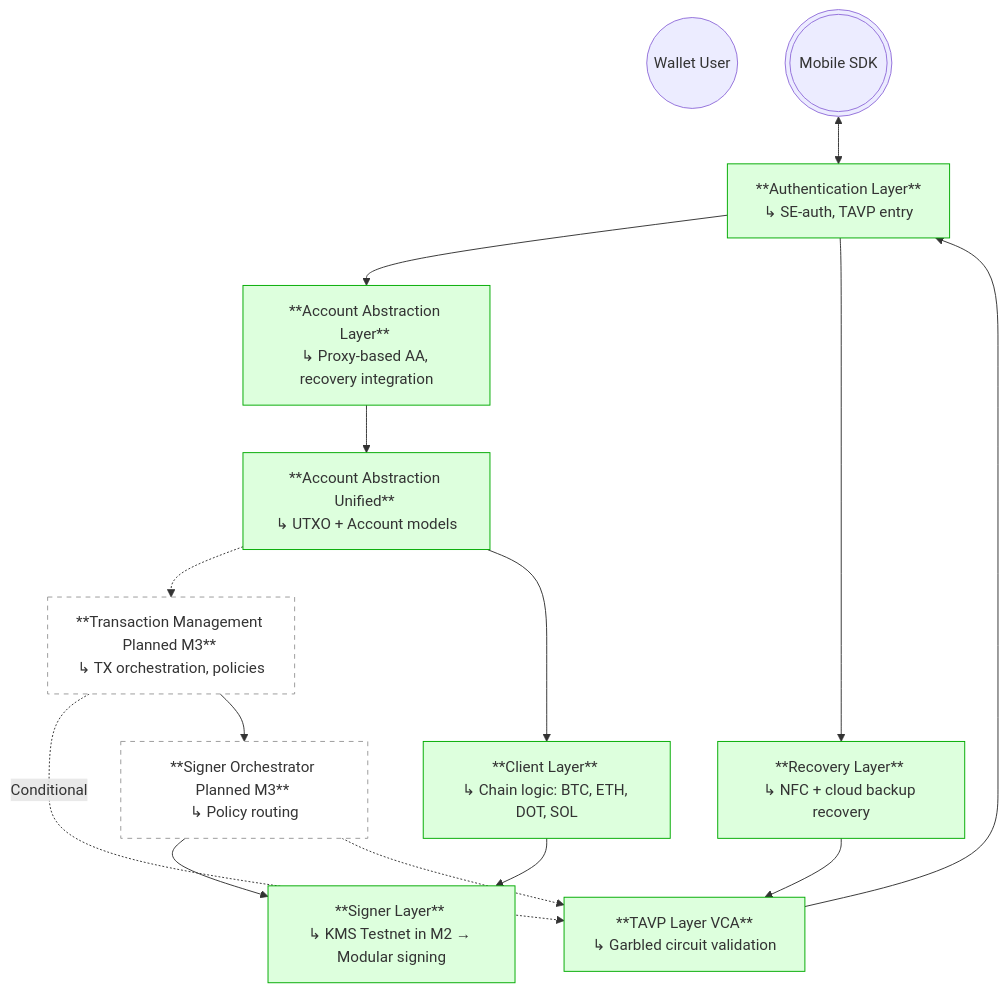
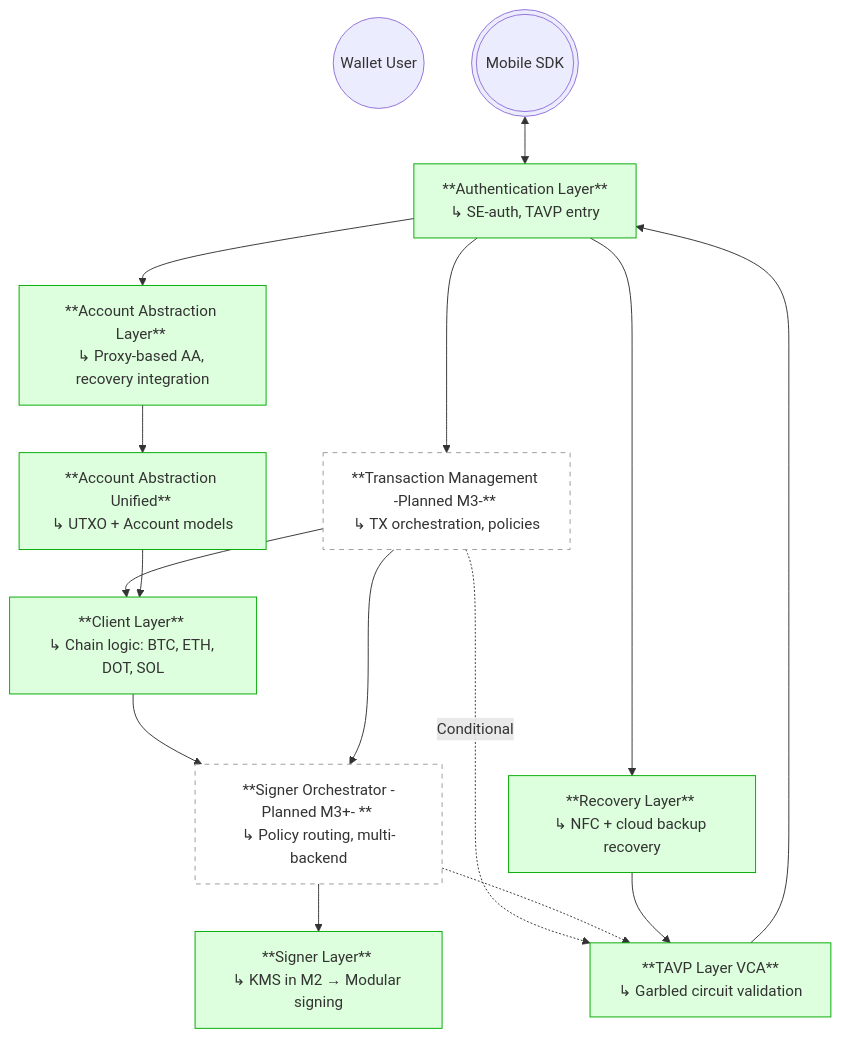
Before and after one commit to Interstellar-Network/interstellar-docs-tech: the diagram in developers/components/architecture.md, drawn with Mermaid. The commit also changed other lines of this file and 8 other files, not shown here.

````diff
--- a/developers/components/architecture.md
+++ b/developers/components/architecture.md
@@ -24,42 +20,43 @@
 ```mermaid
 graph TD
   u((Wallet User))
   m(((Mobile SDK)))
 
   M1A[ **Account Abstraction Layer** <br>↳ Proxy-based AA, recovery integration]  
   M1B[ **Authentication Layer** <br>↳ SE-auth, TAVP entry]
   M1C[ **Recovery Layer** <br>↳ NFC + cloud backup recovery]
   VC[ **TAVP Layer VCA** <br>↳ Garbled circuit validation]
   AA[ **Account Abstraction Unified** <br>↳ UTXO + Account models]
 
-  TX[ **Transaction Management Planned M3** <br>↳ TX orchestration, policies]
-  S[ **Signer Layer** <br>↳ KMS Testnet in M2 → Modular signing]
+  TX[ **Transaction Management -Planned M3-** <br>↳ TX orchestration, policies]
+  S[ **Signer Layer** <br>↳ KMS in M2 → Modular signing]
   C[ **Client Layer** <br>↳ Chain logic: BTC, ETH, DOT, SOL]
-  SO[ **Signer Orchestrator Planned M3** <br>↳ Policy routing]
+  SO[ **Signer Orchestrator -Planned M3+- ** <br>↳ Policy routing, multi-backend]
 
   m <--> M1B
+  M1B -->TX-->C
+  C-->SO
+  TX -. Conditional .-> VC
+  TX --> SO --> S
+  SO -.-> VC
+  AA-->C
+  M1B -->M1C
   M1B --> M1A
-  M1B --> M1C
   M1C --> VC
   VC --> M1B
   M1A --> AA
-  AA -.-> TX
-  AA --> C --> S
-  TX -. Conditional .-> VC
-  TX --> SO --> S
-  SO -.-> VC
 
   %% Mark delivered vs planned
   classDef delivered stroke:#0a0, fill:#dfd;
   classDef planned stroke-dasharray:5 5, stroke:#999, fill:#fff;
 
   class M1A delivered;
   class M1B delivered;
   class M1C delivered;
   class VC delivered;
   class AA delivered;
   class C delivered;
   class S delivered;
   class TX planned;
   class SO planned;
 ```
````
